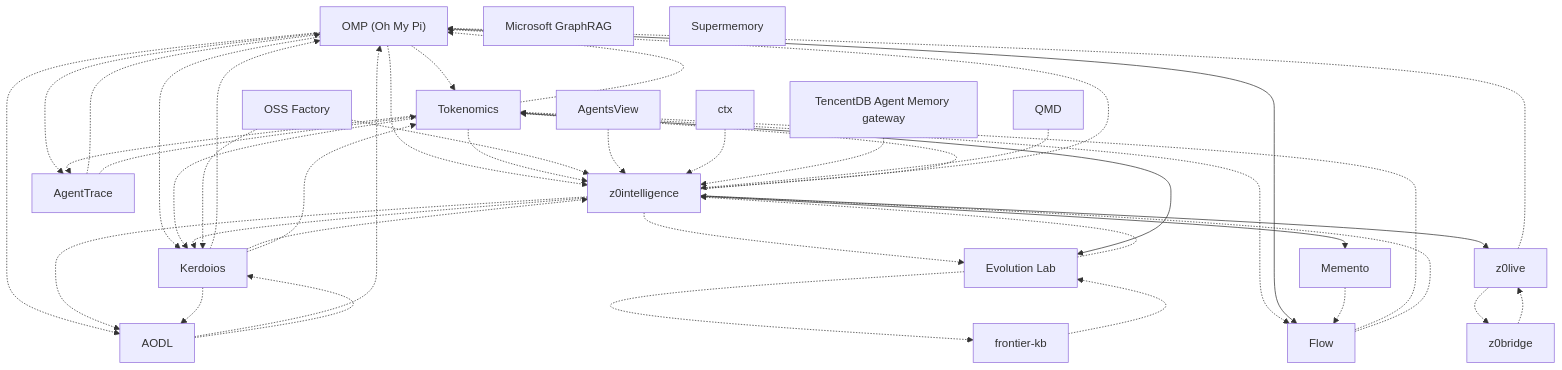
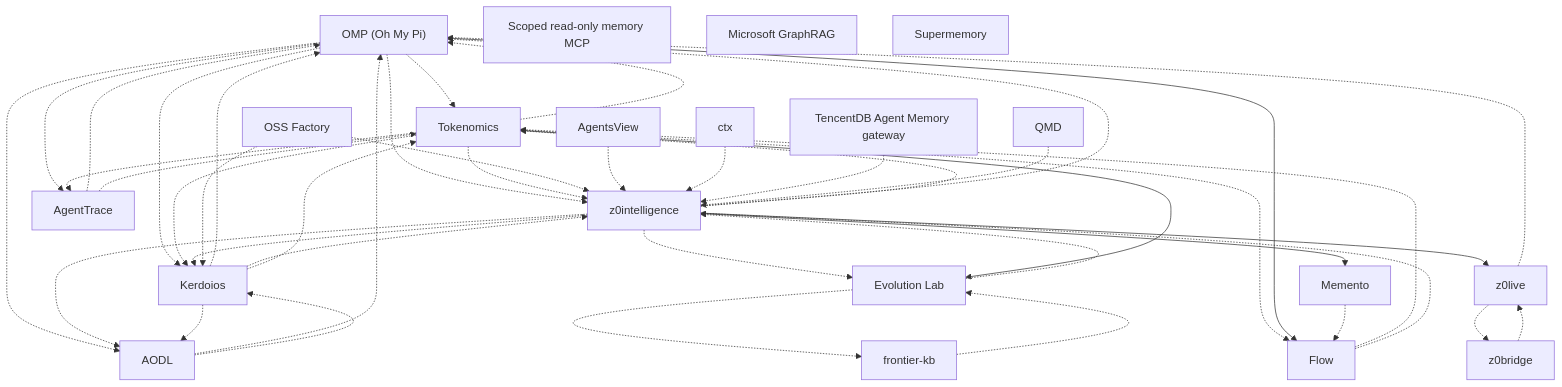
Before and after one commit to kvnloo/z0: the diagram in generated/graph.mmd, drawn with Mermaid. The commit also changed 2 other files, not shown here.

Commit message:
docs: sync scoped memory registry generated views

```diff
--- a/generated/graph.mmd
+++ b/generated/graph.mmd
@@ -1,62 +1,63 @@
 graph TD
   oh_my_pi["OMP (Oh My Pi)"]
   tokenomics["Tokenomics"]
   flow["Flow"]
   z0intelligence["z0intelligence"]
   kerdoios["Kerdoios"]
   evolution_lab["Evolution Lab"]
   frontier_kb["frontier-kb"]
   aodl["AODL"]
   agenttrace["AgentTrace"]
   memento["Memento"]
   z0live["z0live"]
   z0bridge["z0bridge"]
   oss_factory["OSS Factory"]
   agentsview["AgentsView"]
   ctx["ctx"]
   tencentdb_memory["TencentDB Agent Memory gateway"]
+  z0_memory_readonly["Scoped read-only memory MCP"]
   qmd["QMD"]
   graphrag["Microsoft GraphRAG"]
   supermemory["Supermemory"]
   oh_my_pi -.-> tokenomics
   oh_my_pi -.-> z0intelligence
   oh_my_pi -.-> aodl
   oh_my_pi -.-> kerdoios
   oh_my_pi -.-> agenttrace
   tokenomics -.-> oh_my_pi
   tokenomics -.-> z0intelligence
   tokenomics -.-> kerdoios
   tokenomics -.-> agenttrace
   tokenomics -.-> flow
   oh_my_pi --> flow
   flow -.-> tokenomics
   flow -.-> z0intelligence
   z0intelligence -.-> oh_my_pi
   z0intelligence -.-> kerdoios
   z0intelligence -.-> evolution_lab
   z0intelligence -.-> tokenomics
   z0intelligence -.-> aodl
   kerdoios -.-> oh_my_pi
   kerdoios -.-> z0intelligence
   kerdoios -.-> aodl
   kerdoios -.-> tokenomics
   tokenomics --> evolution_lab
   evolution_lab -.-> frontier_kb
   evolution_lab -.-> z0intelligence
   frontier_kb -.-> evolution_lab
   aodl -.-> oh_my_pi
   aodl -.-> kerdoios
   agenttrace -.-> oh_my_pi
   agenttrace -.-> tokenomics
   z0intelligence --> memento
   memento -.-> flow
   z0intelligence --> z0live
   z0live -.-> oh_my_pi
   z0live -.-> z0bridge
   z0bridge -.-> z0live
   oss_factory -.-> z0intelligence
   oss_factory -.-> kerdoios
   agentsview -.-> z0intelligence
   ctx -.-> z0intelligence
   tencentdb_memory -.-> z0intelligence
   qmd -.-> z0intelligence
```
